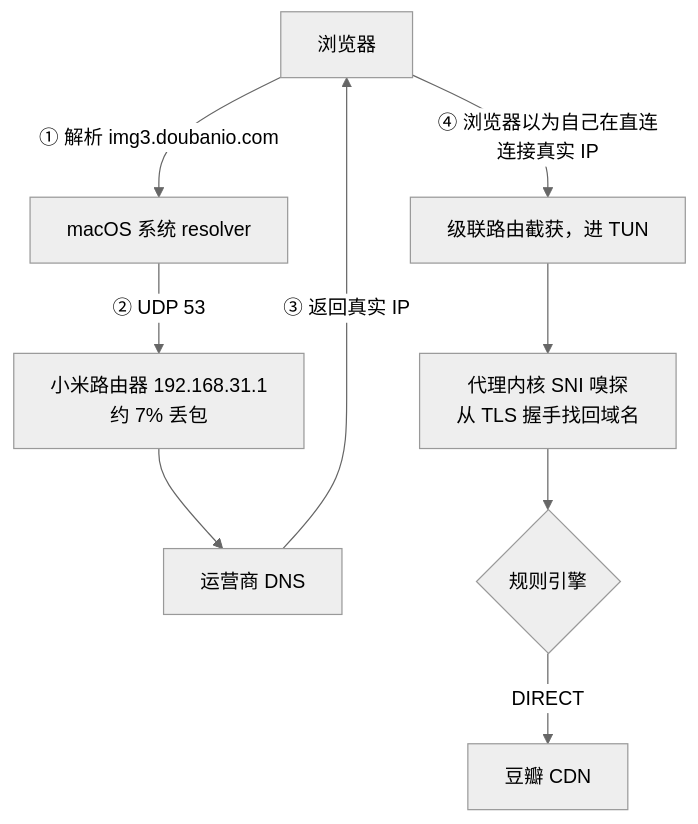
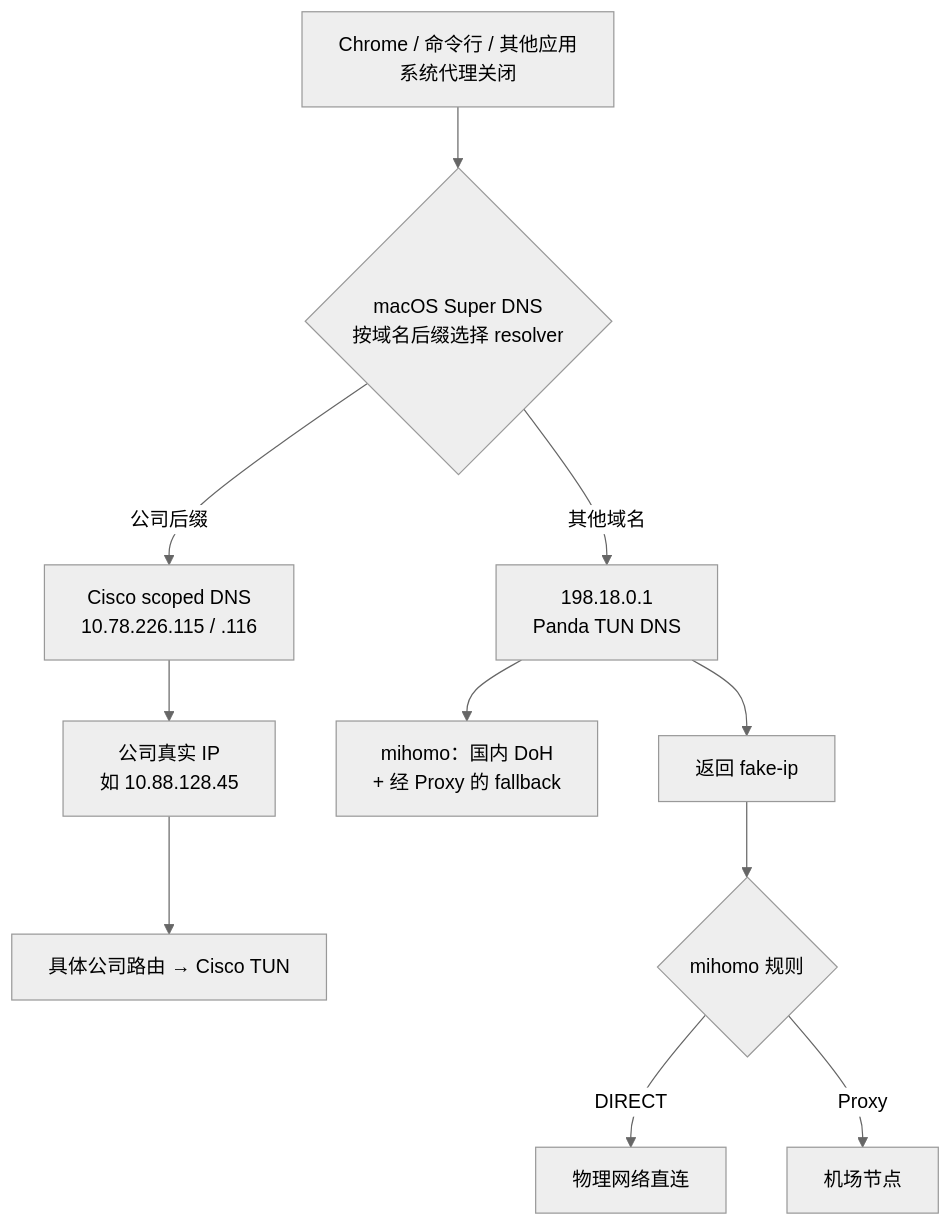
Before and after one commit to puppylpg/puppylpg.github.io: the third of 3 diagrams in _posts/2026-08-09-tun-proxy-dns-chain.md, drawn with Mermaid (neutral theme). The commit also changed other lines of this file and 1 other file, not shown here.

Commit message:
完善 TUN 代理与 VPN 的 DNS 共存方案

````diff
--- a/_posts/2026-08-09-tun-proxy-dns-chain.md
+++ b/_posts/2026-08-09-tun-proxy-dns-chain.md
@@ -174,11 +267,14 @@
 ```mermaid
 flowchart TD
-    B["浏览器"] -->|"① 解析 img3.doubanio.com"| SYS["macOS 系统 resolver"]
-    SYS -->|"② UDP 53"| RT["小米路由器 192.168.31.1<br>约 7% 丢包"]
-    RT --> ISP["运营商 DNS"]
-    ISP -->|"③ 返回真实 IP"| B
-    B -->|"④ 浏览器以为自己在直连<br>连接真实 IP"| TUN["级联路由截获，进 TUN"]
-    TUN --> SN["代理内核 SNI 嗅探<br>从 TLS 握手找回域名"]
-    SN --> D{"规则引擎"}
-    D -->|"DIRECT"| S["豆瓣 CDN"]
+    APP["Chrome / 命令行 / 其他应用<br>系统代理关闭"] --> SDNS{"macOS Super DNS<br>按域名后缀选择 resolver"}
+    SDNS -->|"公司后缀"| CDNS["Cisco scoped DNS<br>10.78.226.115 / .116"]
+    CDNS --> CIP["公司真实 IP<br>如 10.88.128.45"]
+    CIP --> CRT["具体公司路由 → Cisco TUN"]
+
+    SDNS -->|"其他域名"| PDNS["198.18.0.1<br>Panda TUN DNS"]
+    PDNS --> DOH["mihomo：国内 DoH<br>+ 经 Proxy 的 fallback"]
+    PDNS --> FIP["返回 fake-ip"]
+    FIP --> RULE{"mihomo 规则"}
+    RULE -->|"DIRECT"| DIRECT["物理网络直连"]
+    RULE -->|"Proxy"| NODE["机场节点"]
 ```
````
